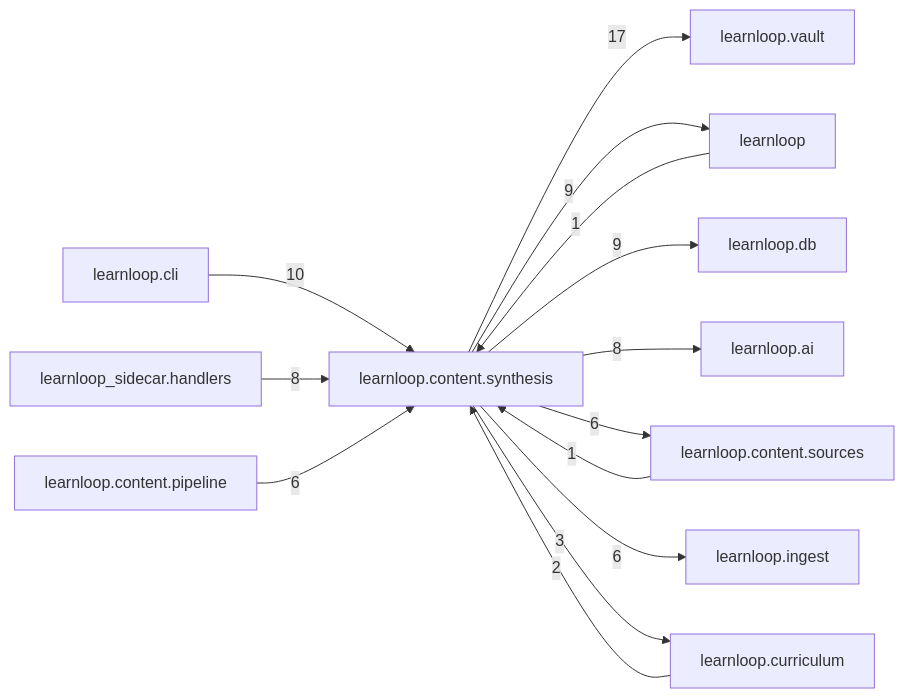
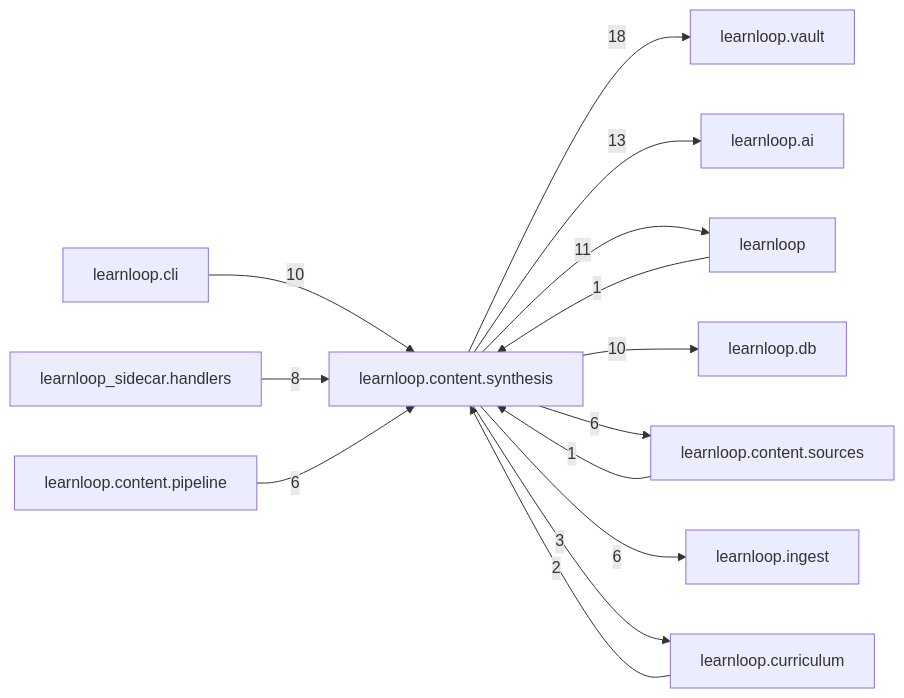
One commit to 6up-b/learnanything changed the diagram in docs/learnloop-architecture-vault/Reference/Modules/learnloop/content/synthesis/_package.md. Above: the diagram before and after it, drawn with Mermaid. The commit also changed other lines of this file and 633 other files, not shown here.

````diff
--- a/docs/learnloop-architecture-vault/Reference/Modules/learnloop/content/synthesis/_package.md
+++ b/docs/learnloop-architecture-vault/Reference/Modules/learnloop/content/synthesis/_package.md
@@ -116,27 +118,27 @@
 ```mermaid
 flowchart LR
     center["learnloop.content.synthesis"]
     n_learnloop_vault["learnloop.vault"]
+    n_learnloop_ai["learnloop.ai"]
     n_learnloop["learnloop"]
     n_learnloop_cli["learnloop.cli"]
     n_learnloop_db["learnloop.db"]
-    n_learnloop_ai["learnloop.ai"]
     n_learnloop_sidecar_handlers["learnloop_sidecar.handlers"]
     n_learnloop_content_sources["learnloop.content.sources"]
     n_learnloop_content_pipeline["learnloop.content.pipeline"]
     n_learnloop_ingest["learnloop.ingest"]
     n_learnloop_curriculum["learnloop.curriculum"]
-    center -->|17| n_learnloop_vault
+    center -->|18| n_learnloop_vault
+    center -->|13| n_learnloop_ai
     n_learnloop -->|1| center
-    center -->|9| n_learnloop
+    center -->|11| n_learnloop
     n_learnloop_cli -->|10| center
-    center -->|9| n_learnloop_db
-    center -->|8| n_learnloop_ai
+    center -->|10| n_learnloop_db
     n_learnloop_sidecar_handlers -->|8| center
     n_learnloop_content_sources -->|1| center
     center -->|6| n_learnloop_content_sources
     n_learnloop_content_pipeline -->|6| center
     center -->|6| n_learnloop_ingest
     n_learnloop_curriculum -->|2| center
     center -->|3| n_learnloop_curriculum
 ```
````
